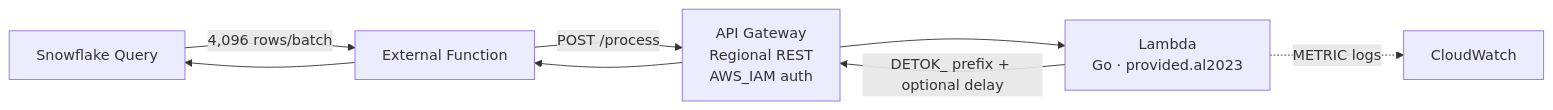
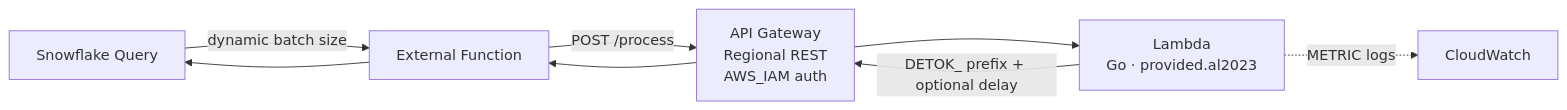
The first of 3 diagrams in README.md (SkyflowFoundry/SnowflakePerformance), drawn with Mermaid before and after one commit. The commit also changed other lines of this file, not shown here.

First line of the commit message:
Fix README conflicts: dynamic batch size, stale examples, overlapping sections

````diff
--- a/README.md
+++ b/README.md
@@ -85,10 +83,10 @@
 ```mermaid
 flowchart LR
-    SF[Snowflake Query] -->|4,096 rows/batch| EF[External Function]
+    SF[Snowflake Query] -->|dynamic batch size| EF[External Function]
     EF -->|POST /process| AG[API Gateway<br/>Regional REST<br/>AWS_IAM auth]
     AG --> LM[Lambda<br/>Go · provided.al2023]
     LM -->|DETOK_ prefix + optional delay| AG
     AG --> EF
     EF --> SF
     LM -.->|METRIC logs| CW[CloudWatch]
 ```
````
